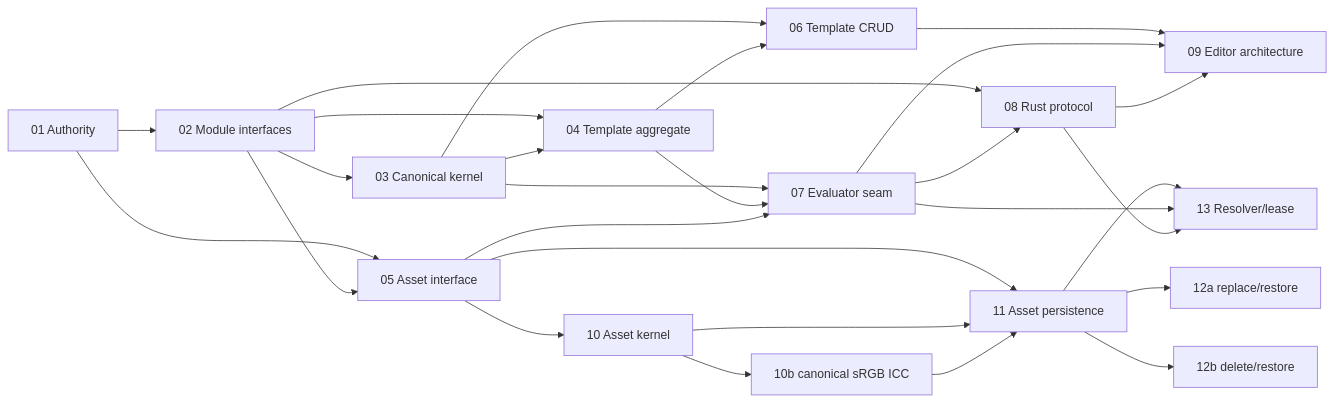
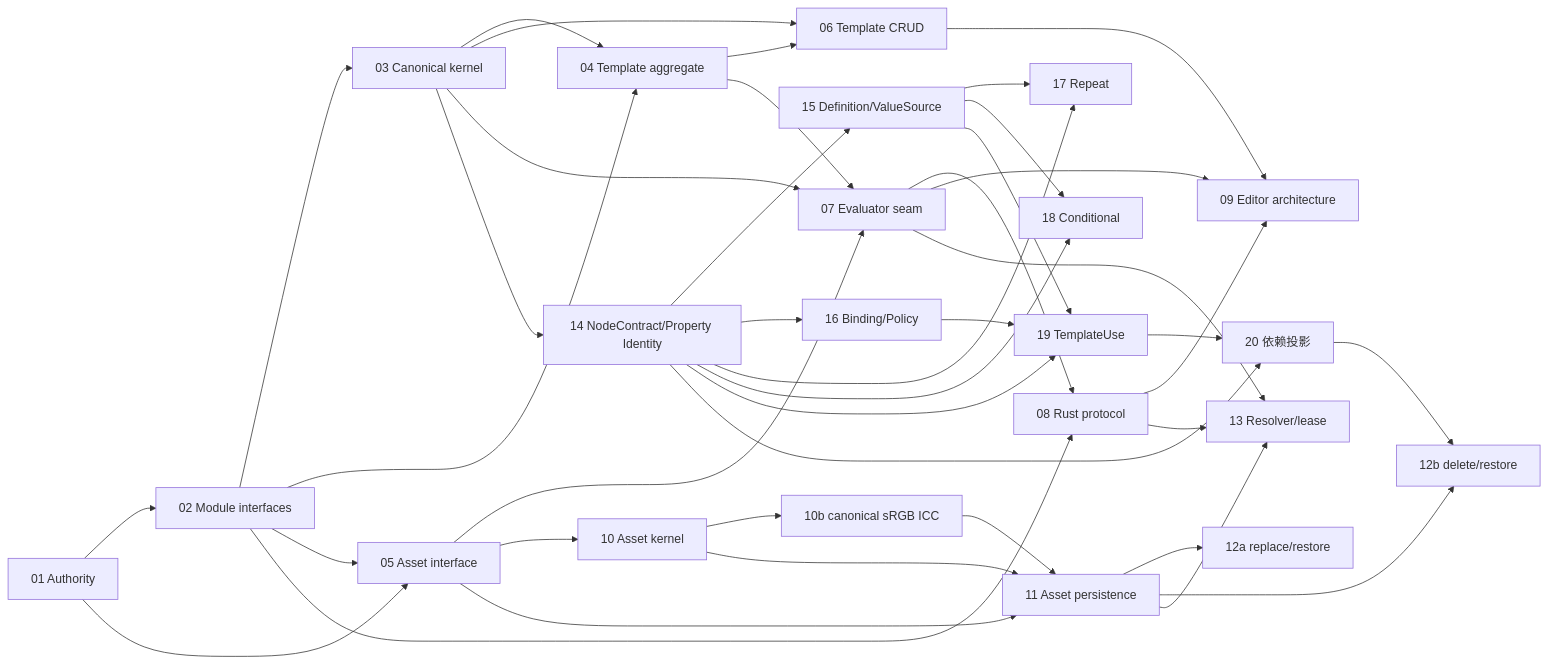
The diagram in plans/renderweave-template-v1-plan.md (yiwer/RenderWeave), drawn with Mermaid before and after one commit. The commit also changed other lines of this file and 8 other files, not shown here.

````diff
--- a/plans/renderweave-template-v1-plan.md
+++ b/plans/renderweave-template-v1-plan.md
@@ -60,29 +61,42 @@
 ```mermaid
 flowchart LR
   T01[01 Authority] --> T02[02 Module interfaces]
   T01 --> T05[05 Asset interface]
   T02 --> T03[03 Canonical kernel]
   T02 --> T04[04 Template aggregate]
   T02 --> T05
   T03 --> T04
   T03 --> T06[06 Template CRUD]
   T04 --> T06
   T03 --> T07[07 Evaluator seam]
   T04 --> T07
   T05 --> T07
   T02 --> T08[08 Rust protocol]
   T07 --> T08
   T06 --> T09[09 Editor architecture]
   T07 --> T09
   T08 --> T09
   T05 --> T10[10 Asset kernel]
   T05 --> T11[11 Asset persistence]
   T10 --> T10b[10b canonical sRGB ICC]
   T10 --> T11
   T10b --> T11
   T11 --> T12a[12a replace/restore]
   T11 --> T12b[12b delete/restore]
   T11 --> T13[13 Resolver/lease]
   T07 --> T13
   T08 --> T13
+  T03 --> T14[14 NodeContract/Property Identity]
+  T14 --> T15[15 Definition/ValueSource]
+  T14 --> T16[16 Binding/Policy]
+  T14 --> T17[17 Repeat]
+  T14 --> T18[18 Conditional]
+  T15 --> T17
+  T15 --> T18
+  T14 --> T19[19 TemplateUse]
+  T15 --> T19
+  T16 --> T19
+  T14 --> T20[20 依赖投影]
+  T19 --> T20
+  T20 --> T12b
 ```
````
